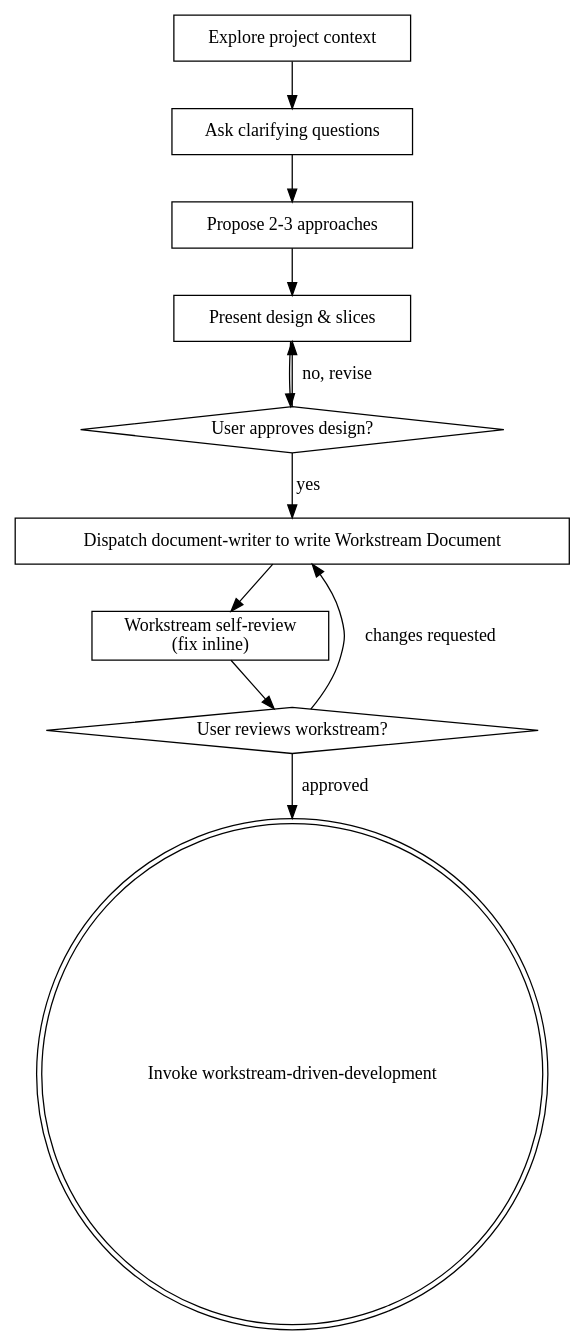
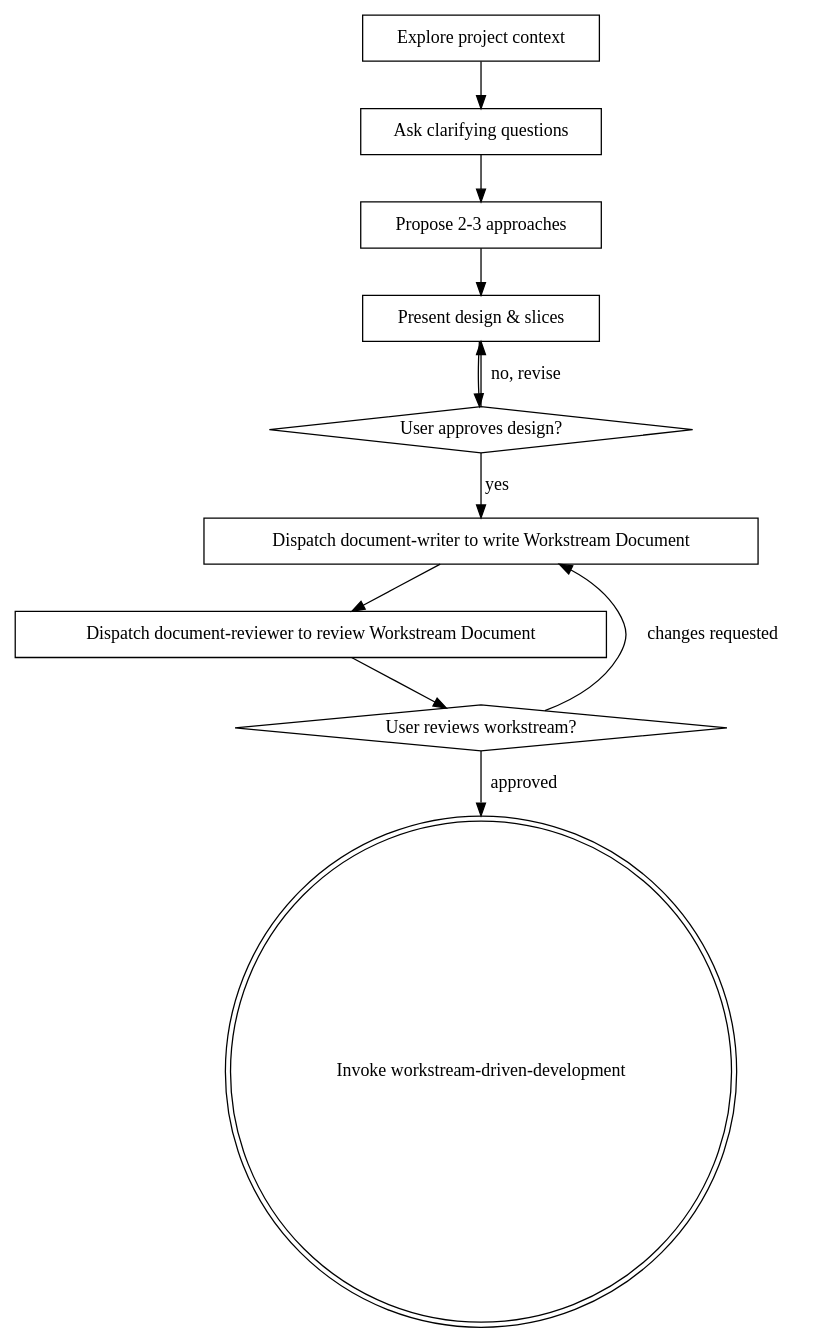
Before and after one commit to dtbndr/solopowers: the diagram in skills/workstream-brainstorming/SKILL.md, drawn with Graphviz. The commit also changed other lines of this file and 1 other file, not shown here.

Commit message:
Implement mandatory adversarial workstream document review gate

````diff
--- a/skills/workstream-brainstorming/SKILL.md
+++ b/skills/workstream-brainstorming/SKILL.md
@@ -51,24 +51,24 @@
 ```dot
 digraph workstream_brainstorming {
     "Explore project context" [shape=box];
     "Ask clarifying questions" [shape=box];
     "Propose 2-3 approaches" [shape=box];
     "Present design & slices" [shape=box];
     "User approves design?" [shape=diamond];
     "Dispatch document-writer to write Workstream Document" [shape=box];
-    "Workstream self-review\n(fix inline)" [shape=box];
+    "Dispatch document-reviewer to review Workstream Document" [shape=box];
     "User reviews workstream?" [shape=diamond];
     "Invoke workstream-driven-development" [shape=doublecircle];
 
     "Explore project context" -> "Ask clarifying questions";
     "Ask clarifying questions" -> "Propose 2-3 approaches";
     "Propose 2-3 approaches" -> "Present design & slices";
     "Present design & slices" -> "User approves design?";
     "User approves design?" -> "Present design & slices" [label="no, revise"];
     "User approves design?" -> "Dispatch document-writer to write Workstream Document" [label="yes"];
-    "Dispatch document-writer to write Workstream Document" -> "Workstream self-review\n(fix inline)";
-    "Workstream self-review\n(fix inline)" -> "User reviews workstream?";
+    "Dispatch document-writer to write Workstream Document" -> "Dispatch document-reviewer to review Workstream Document";
+    "Dispatch document-reviewer to review Workstream Document" -> "User reviews workstream?";
     "User reviews workstream?" -> "Dispatch document-writer to write Workstream Document" [label="changes requested"];
     "User reviews workstream?" -> "Invoke workstream-driven-development" [label="approved"];
 }
 ```
````
